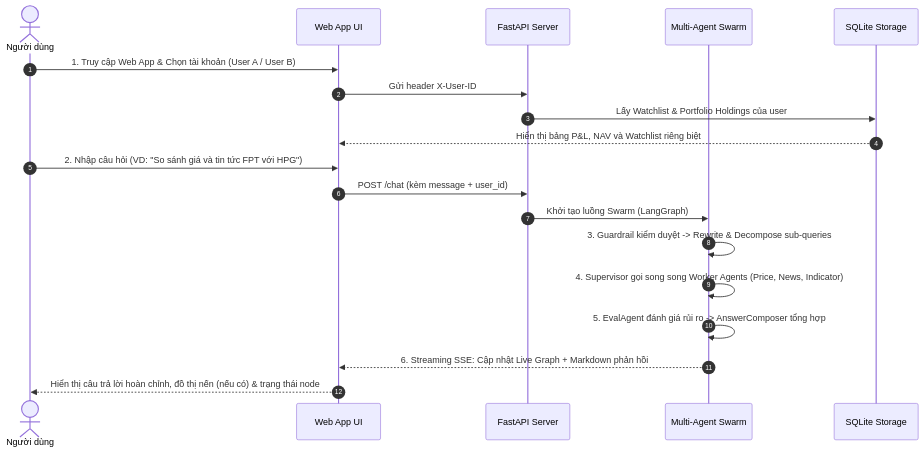
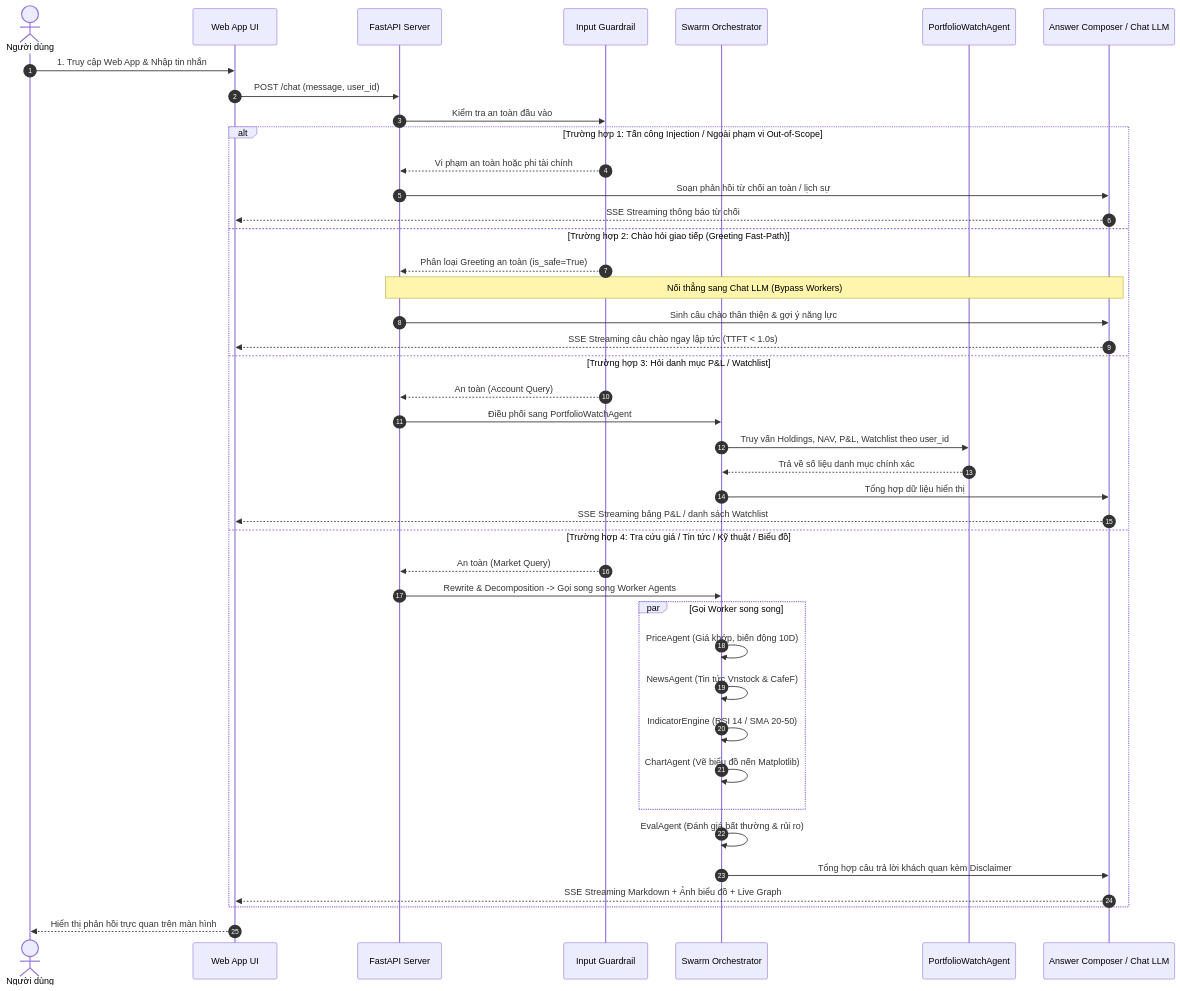
One commit to Anodis108/Agent_Stock changed the diagram in specs/product-spec.md. Above: the diagram before and after it, drawn with Mermaid. The commit also changed other lines of this file and 47 other files, not shown here.

````diff
--- a/specs/product-spec.md
+++ b/specs/product-spec.md
@@ -41,25 +44,46 @@
 ```mermaid
 sequenceDiagram
     autonumber
     actor User as Người dùng
     participant UI as Web App UI
     participant Backend as FastAPI Server
-    participant Swarm as Multi-Agent Swarm
-    participant DB as SQLite Storage
+    participant Guardrail as Input Guardrail
+    participant Swarm as Swarm Orchestrator
+    participant PWAgent as PortfolioWatchAgent
+    participant Composer as Answer Composer / Chat LLM
 
-    User->>UI: 1. Truy cập Web App & Chọn tài khoản (User A / User B)
-    UI->>Backend: Gửi header X-User-ID
-    Backend->>DB: Lấy Watchlist & Portfolio Holdings của user
-    DB-->>UI: Hiển thị bảng P&L, NAV và Watchlist riêng biệt
-
-    User->>UI: 2. Nhập câu hỏi (VD: "So sánh giá và tin tức FPT với HPG")
-    UI->>Backend: POST /chat (kèm message + user_id)
-    Backend->>Swarm: Khởi tạo luồng Swarm (LangGraph)
+    User->>UI: 1. Truy cập Web App & Nhập tin nhắn
+    UI->>Backend: POST /chat (message, user_id)
+    Backend->>Guardrail: Kiểm tra an toàn đầu vào
     
-    Swarm->>Swarm: 3. Guardrail kiểm duyệt -> Rewrite & Decompose sub-queries
-    Swarm->>Swarm: 4. Supervisor gọi song song Worker Agents (Price, News, Indicator)
-    Swarm->>Swarm: 5. EvalAgent đánh giá rủi ro -> AnswerComposer tổng hợp
-    
-    Swarm-->>UI: 6. Streaming SSE: Cập nhật Live Graph + Markdown phản hồi
-    UI-->>User: Hiển thị câu trả lời hoàn chỉnh, đồ thị nến (nếu có) & trạng thái node
+    alt Trường hợp 1: Tấn công Injection / Ngoài phạm vi Out-of-Scope
+        Guardrail-->>Backend: Vi phạm an toàn hoặc phi tài chính
+        Backend->>Composer: Soạn phản hồi từ chối an toàn / lịch sự
+        Composer-->>UI: SSE Streaming thông báo từ chối
+    else Trường hợp 2: Chào hỏi giao tiếp (Greeting Fast-Path)
+        Guardrail-->>Backend: Phân loại Greeting an toàn (is_safe=True)
+        Note over Backend,Composer: Nối thẳng sang Chat LLM (Bypass Workers)
+        Backend->>Composer: Sinh câu chào thân thiện & gợi ý năng lực
+        Composer-->>UI: SSE Streaming câu chào ngay lập tức (TTFT < 1.0s)
+    else Trường hợp 3: Hỏi danh mục P&L / Watchlist
+        Guardrail-->>Backend: An toàn (Account Query)
+        Backend->>Swarm: Điều phối sang PortfolioWatchAgent
+        Swarm->>PWAgent: Truy vấn Holdings, NAV, P&L, Watchlist theo user_id
+        PWAgent-->>Swarm: Trả về số liệu danh mục chính xác
+        Swarm->>Composer: Tổng hợp dữ liệu hiển thị
+        Composer-->>UI: SSE Streaming bảng P&L / danh sách Watchlist
+    else Trường hợp 4: Tra cứu giá / Tin tức / Kỹ thuật / Biểu đồ
+        Guardrail-->>Backend: An toàn (Market Query)
+        Backend->>Swarm: Rewrite & Decomposition -> Gọi song song Worker Agents
+        par Gọi Worker song song
+            Swarm->>Swarm: PriceAgent (Giá khớp, biến động 10D)
+            Swarm->>Swarm: NewsAgent (Tin tức Vnstock & CafeF)
+            Swarm->>Swarm: IndicatorEngine (RSI 14 / SMA 20-50)
+            Swarm->>Swarm: ChartAgent (Vẽ biểu đồ nến Matplotlib)
+        end
+        Swarm->>Swarm: EvalAgent (Đánh giá bất thường & rủi ro)
+        Swarm->>Composer: Tổng hợp câu trả lời khách quan kèm Disclaimer
+        Composer-->>UI: SSE Streaming Markdown + Ảnh biểu đồ + Live Graph
+    end
+    UI-->>User: Hiển thị phản hồi trực quan trên màn hình
 ```
````
